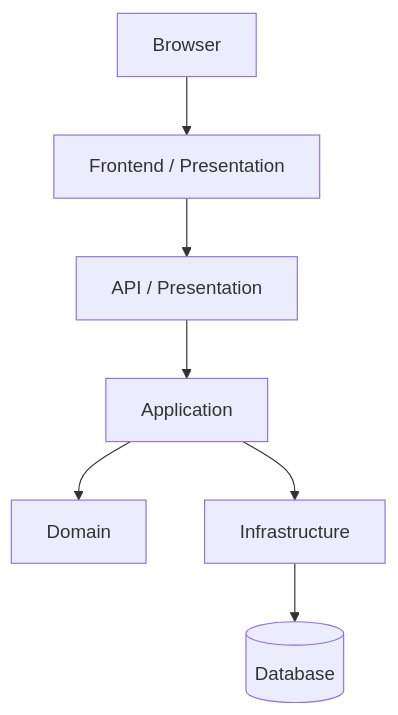
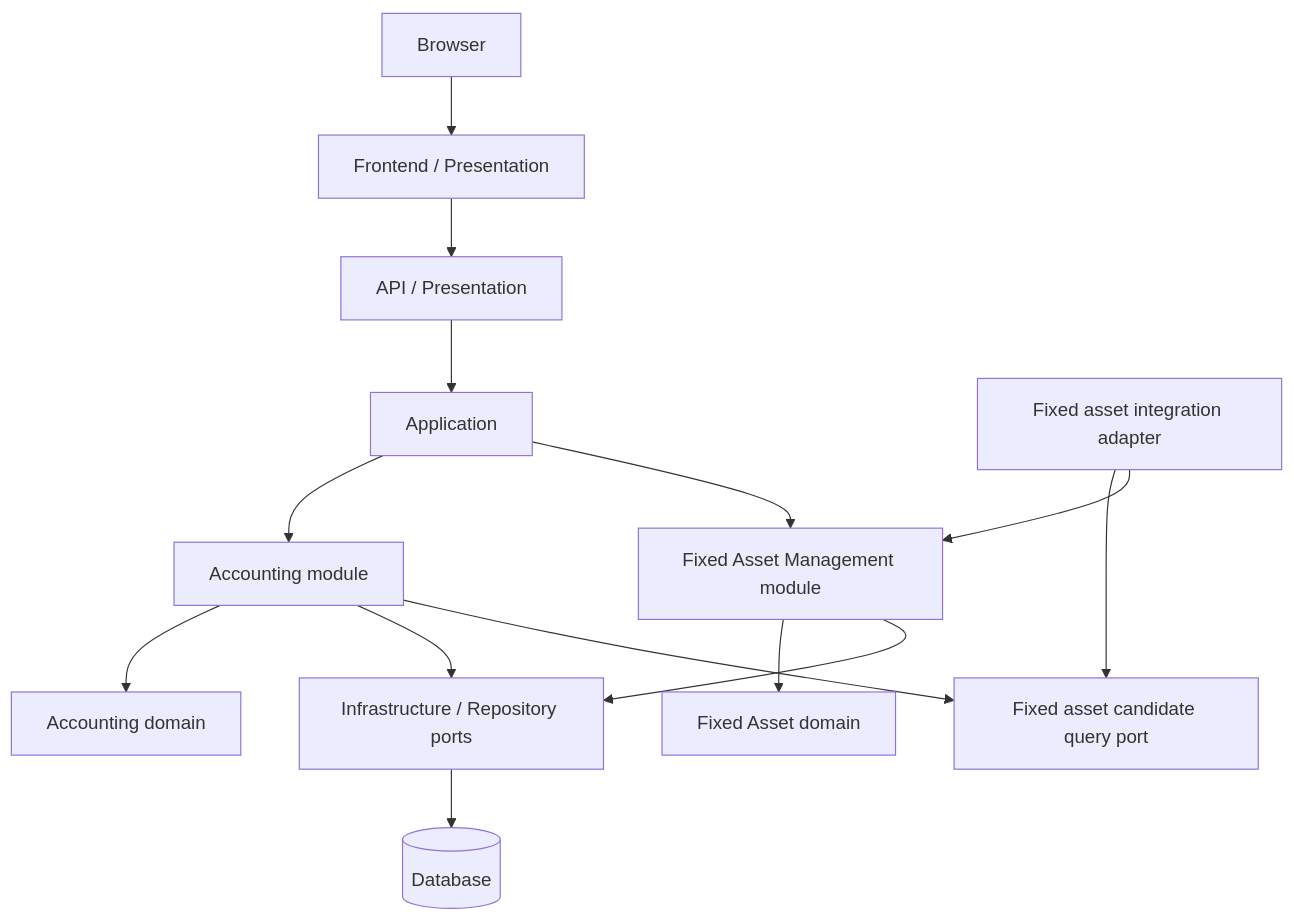
The diagram in docs/architecture/architecture-overview.md (akichko/aidevtemplate), drawn with Mermaid before and after one commit. The commit also changed other lines of this file and 47 other files, not shown here.

````diff
--- a/docs/architecture/architecture-overview.md
+++ b/docs/architecture/architecture-overview.md
@@ -9,9 +9,16 @@
 ```mermaid
 flowchart TB
     Browser[Browser] --> Frontend[Frontend / Presentation]
     Frontend --> API[API / Presentation]
     API --> Application[Application]
-    Application --> Domain[Domain]
-    Application --> Infrastructure[Infrastructure]
+    Application --> Accounting[Accounting module]
+    Application --> FixedAssets[Fixed Asset Management module]
+    Accounting --> AccountingDomain[Accounting domain]
+    FixedAssets --> FixedAssetDomain[Fixed Asset domain]
+    Accounting --> Infrastructure[Infrastructure / Repository ports]
+    FixedAssets --> Infrastructure
+    FixedAssetAdapter[Fixed asset integration adapter] --> CandidatePort[Fixed asset candidate query port]
+    FixedAssetAdapter --> FixedAssets
+    Accounting --> CandidatePort
     Infrastructure --> DB[(Database)]
 ```
````
